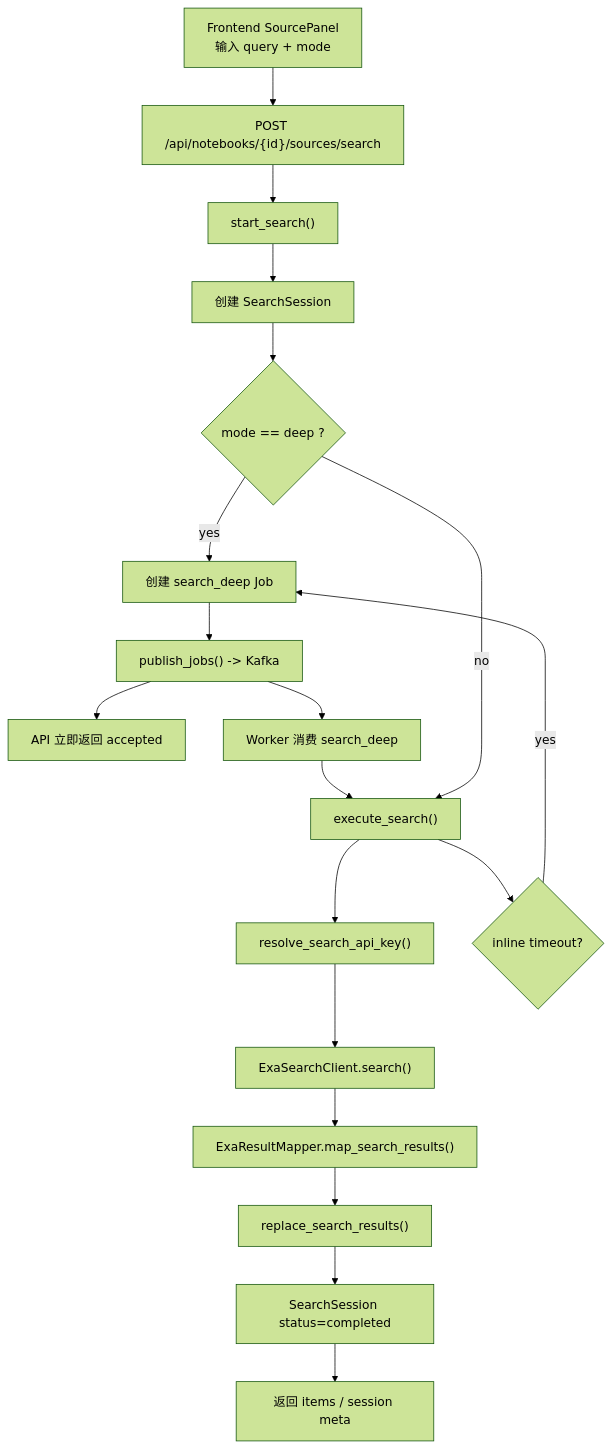
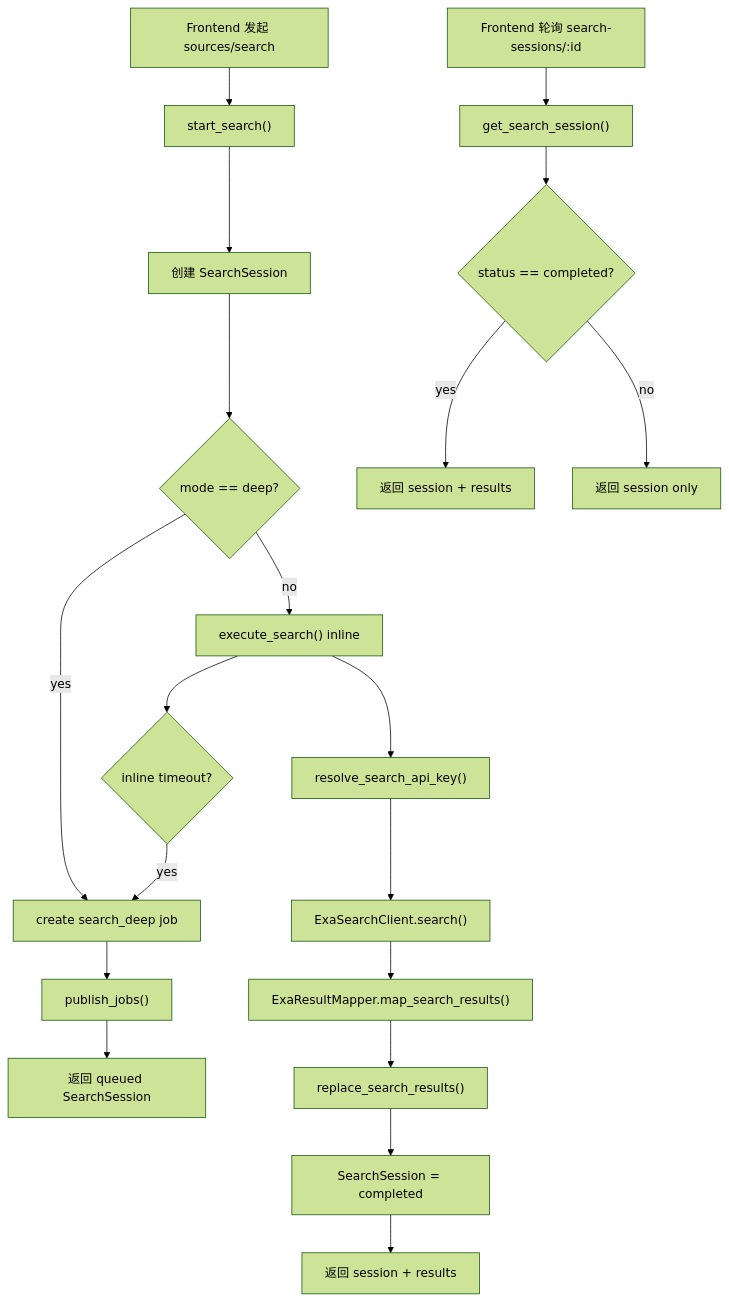
One commit to jiyue333/notebooklm changed the second of 17 diagrams in docs/system-architecture.md. Above: the diagram before and after it, drawn with Mermaid (forest theme). The commit also changed other lines of this file and 59 other files, not shown here.

````diff
--- a/docs/system-architecture.md
+++ b/docs/system-architecture.md
@@ -241,24 +245,26 @@
 ```mermaid
 flowchart TD
-    A["Frontend SourcePanel<br/>输入 query + mode"] --> B["POST /api/notebooks/{id}/sources/search"]
-    B --> C["start_search()"]
-    C --> D["创建 SearchSession"]
-    D --> E{"mode == deep ?"}
+    A["Frontend 发起 sources/search"] --> B["start_search()"]
+    B --> C["创建 SearchSession"]
+    C --> D{"mode == deep?"}
 
-    E -- "yes" --> F["创建 search_deep Job"]
-    F --> G["publish_jobs() -> Kafka"]
-    G --> H["API 立即返回 accepted"]
-    G --> I["Worker 消费 search_deep"]
-    I --> J["execute_search()"]
+    D -->|"yes"| E["create search_deep job"]
+    E --> F["publish_jobs()"]
+    F --> G["返回 queued SearchSession"]
 
-    E -- "no" --> J
-    J --> K["resolve_search_api_key()"]
-    K --> L["ExaSearchClient.search()"]
-    L --> M["ExaResultMapper.map_search_results()"]
-    M --> N["replace_search_results()"]
-    N --> O["SearchSession status=completed"]
-    O --> P["返回 items / session meta"]
+    D -->|"no"| H["execute_search() inline"]
+    H --> I["resolve_search_api_key()"]
+    I --> J["ExaSearchClient.search()"]
+    J --> K["ExaResultMapper.map_search_results()"]
+    K --> L["replace_search_results()"]
+    L --> M["SearchSession = completed"]
+    M --> N["返回 session + results"]
 
-    J --> Q{"inline timeout?"}
-    Q -- "yes" --> F
+    H --> O{"inline timeout?"}
+    O -->|"yes"| E
+
+    P["Frontend 轮询 search-sessions/:id"] --> Q["get_search_session()"]
+    Q --> R{"status == completed?"}
+    R -->|"yes"| S["返回 session + results"]
+    R -->|"no"| T["返回 session only"]
 ```
````
